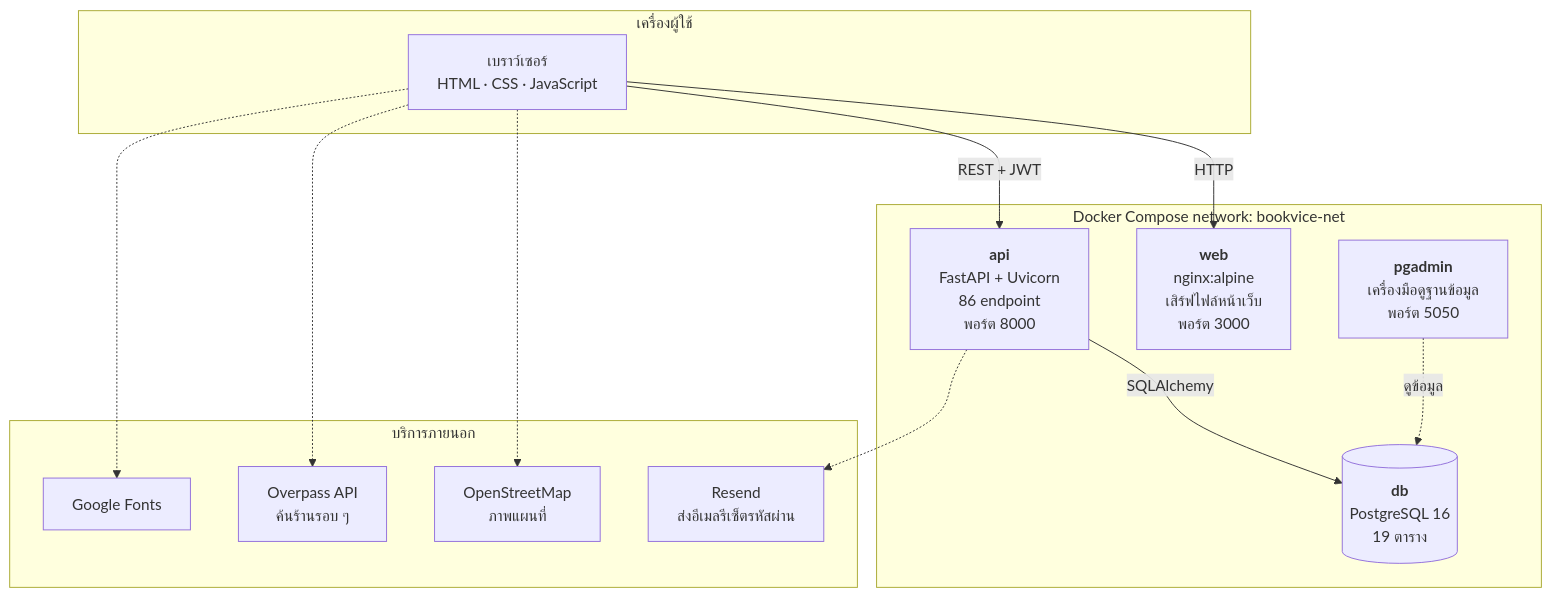
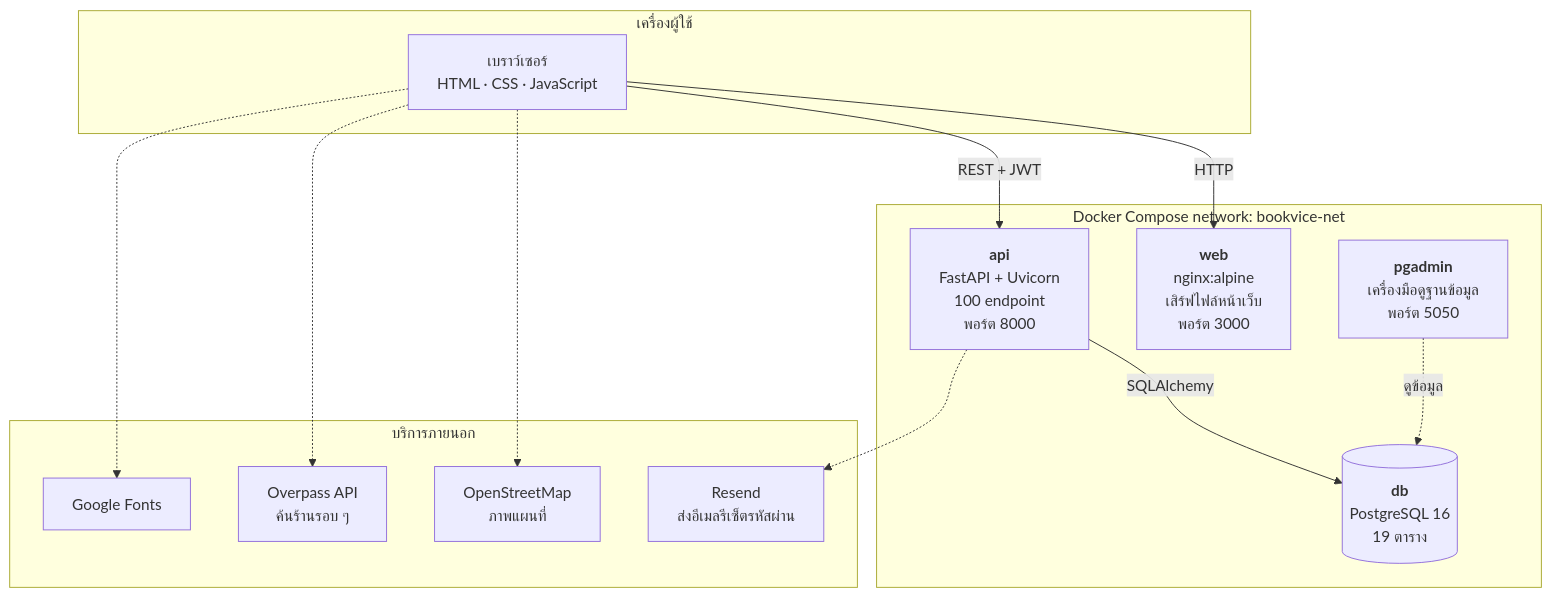
Before and after one commit to 67160333/WebApplicationDevelopment: the first of 4 diagrams in docs/ARCHITECTURE.md, drawn with Mermaid. The commit also changed other lines of this file and 74 other files, not shown here.

````diff
--- a/docs/ARCHITECTURE.md
+++ b/docs/ARCHITECTURE.md
@@ -25,29 +25,29 @@
 ```mermaid
 graph TB
     subgraph client["เครื่องผู้ใช้"]
         B["เบราว์เซอร์<br/>HTML · CSS · JavaScript"]
     end
 
     subgraph docker["Docker Compose network: bookvice-net"]
         W["<b>web</b><br/>nginx:alpine<br/>เสิร์ฟไฟล์หน้าเว็บ<br/>พอร์ต 3000"]
-        A["<b>api</b><br/>FastAPI + Uvicorn<br/>86 endpoint<br/>พอร์ต 8000"]
+        A["<b>api</b><br/>FastAPI + Uvicorn<br/>100 endpoint<br/>พอร์ต 8000"]
         D[("<b>db</b><br/>PostgreSQL 16<br/>19 ตาราง")]
         P["<b>pgadmin</b><br/>เครื่องมือดูฐานข้อมูล<br/>พอร์ต 5050"]
     end
 
     subgraph ext["บริการภายนอก"]
         OSM["OpenStreetMap<br/>ภาพแผนที่"]
         OVP["Overpass API<br/>ค้นร้านรอบ ๆ"]
         RSD["Resend<br/>ส่งอีเมลรีเซ็ตรหัสผ่าน"]
         GF["Google Fonts"]
     end
 
     B -->|"HTTP"| W
     B -->|"REST + JWT"| A
     A -->|"SQLAlchemy"| D
     P -.->|"ดูข้อมูล"| D
     B -.-> OSM
     B -.-> OVP
     B -.-> GF
     A -.-> RSD
 ```
````
